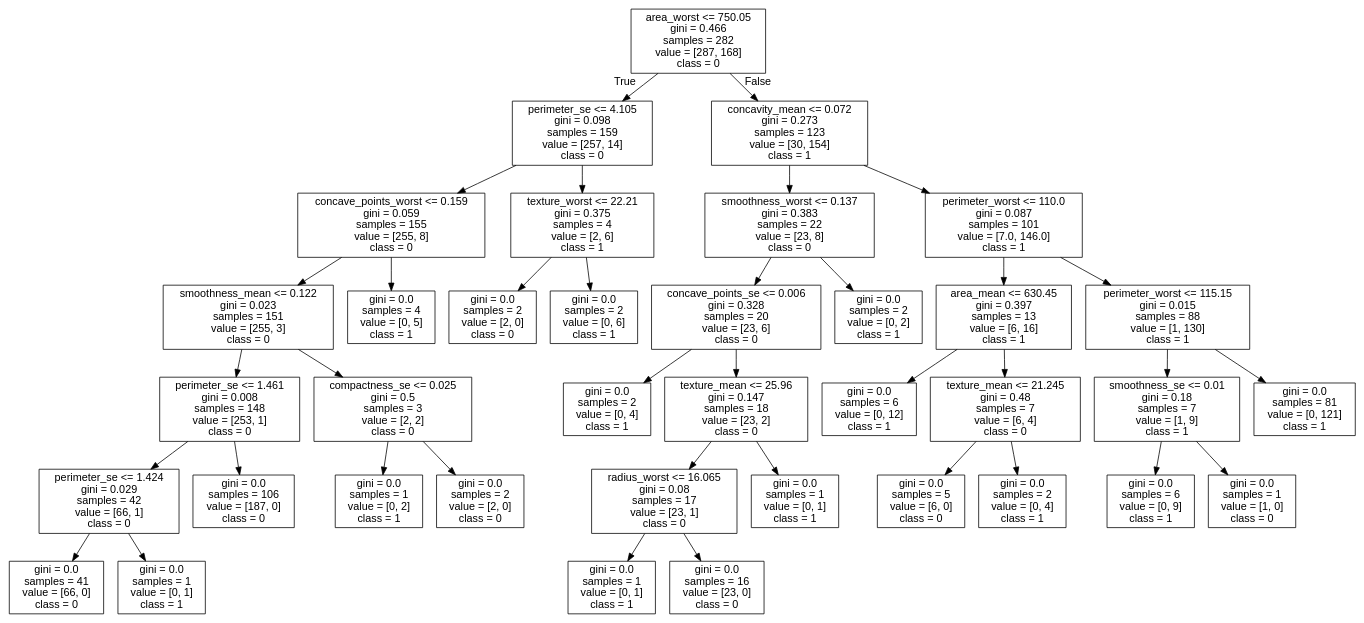
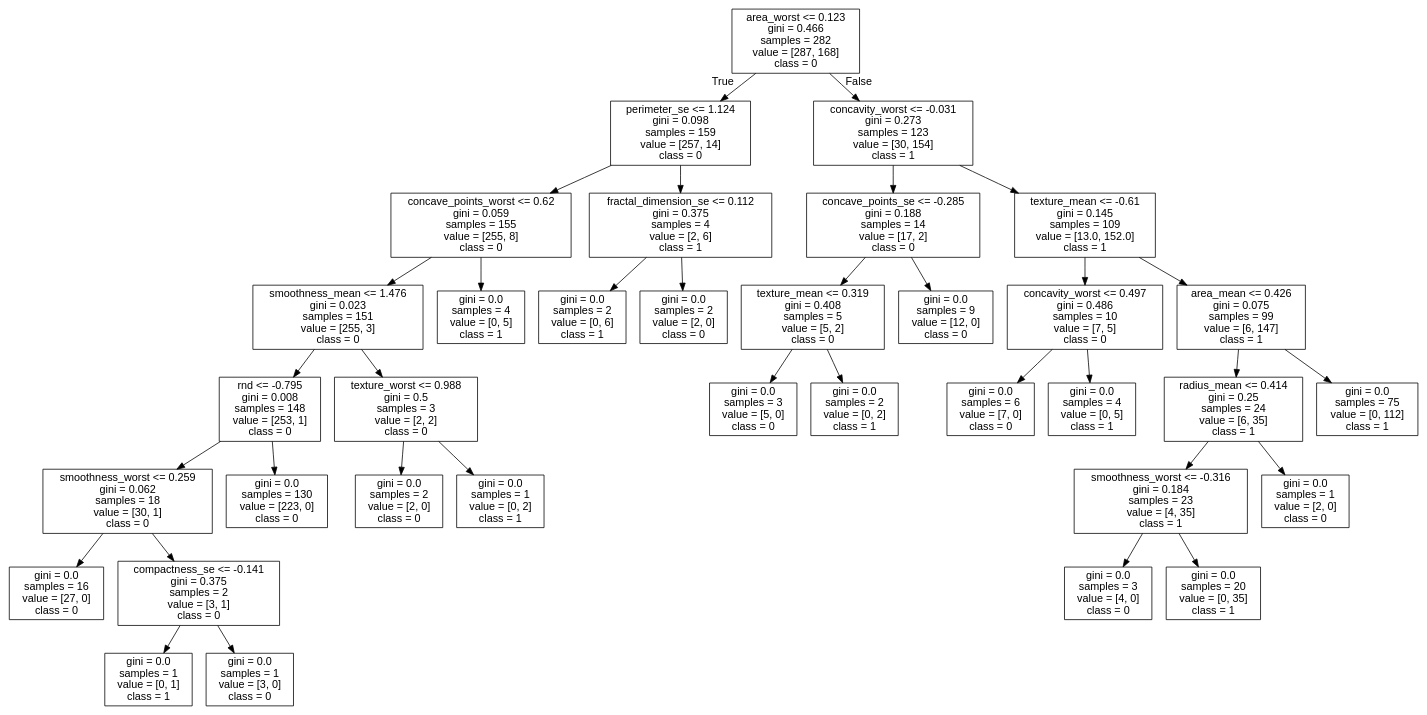
The diagram in data/breast-cancer/tree.dot (cyrilvincent/ML), drawn with Graphviz before and after one commit. The commit also changed 12 other files, not shown here.

```diff
--- a/data/breast-cancer/tree.dot
+++ b/data/breast-cancer/tree.dot
@@ -1,77 +1,73 @@
 digraph Tree {
 node [shape=box, fontname="helvetica"] ;
 edge [fontname="helvetica"] ;
-0 [label="area_worst <= 750.05\ngini = 0.466\nsamples = 282\nvalue = [287, 168]\nclass = 0"] ;
-1 [label="perimeter_se <= 4.105\ngini = 0.098\nsamples = 159\nvalue = [257, 14]\nclass = 0"] ;
+0 [label="area_worst <= 0.123\ngini = 0.466\nsamples = 282\nvalue = [287, 168]\nclass = 0"] ;
+1 [label="perimeter_se <= 1.124\ngini = 0.098\nsamples = 159\nvalue = [257, 14]\nclass = 0"] ;
 0 -> 1 [labeldistance=2.5, labelangle=45, headlabel="True"] ;
-2 [label="concave_points_worst <= 0.159\ngini = 0.059\nsamples = 155\nvalue = [255, 8]\nclass = 0"] ;
+2 [label="concave_points_worst <= 0.62\ngini = 0.059\nsamples = 155\nvalue = [255, 8]\nclass = 0"] ;
 1 -> 2 ;
-3 [label="smoothness_mean <= 0.122\ngini = 0.023\nsamples = 151\nvalue = [255, 3]\nclass = 0"] ;
+3 [label="smoothness_mean <= 1.476\ngini = 0.023\nsamples = 151\nvalue = [255, 3]\nclass = 0"] ;
 2 -> 3 ;
-4 [label="perimeter_se <= 1.461\ngini = 0.008\nsamples = 148\nvalue = [253, 1]\nclass = 0"] ;
+4 [label="rnd <= -0.795\ngini = 0.008\nsamples = 148\nvalue = [253, 1]\nclass = 0"] ;
 3 -> 4 ;
-5 [label="perimeter_se <= 1.424\ngini = 0.029\nsamples = 42\nvalue = [66, 1]\nclass = 0"] ;
+5 [label="smoothness_worst <= 0.259\ngini = 0.062\nsamples = 18\nvalue = [30, 1]\nclass = 0"] ;
 4 -> 5 ;
-6 [label="gini = 0.0\nsamples = 41\nvalue = [66, 0]\nclass = 0"] ;
+6 [label="gini = 0.0\nsamples = 16\nvalue = [27, 0]\nclass = 0"] ;
 5 -> 6 ;
-7 [label="gini = 0.0\nsamples = 1\nvalue = [0, 1]\nclass = 1"] ;
+7 [label="compactness_se <= -0.141\ngini = 0.375\nsamples = 2\nvalue = [3, 1]\nclass = 0"] ;
 5 -> 7 ;
-8 [label="gini = 0.0\nsamples = 106\nvalue = [187, 0]\nclass = 0"] ;
-4 -> 8 ;
-9 [label="compactness_se <= 0.025\ngini = 0.5\nsamples = 3\nvalue = [2, 2]\nclass = 0"] ;
-3 -> 9 ;
-10 [label="gini = 0.0\nsamples = 1\nvalue = [0, 2]\nclass = 1"] ;
-9 -> 10 ;
-11 [label="gini = 0.0\nsamples = 2\nvalue = [2, 0]\nclass = 0"] ;
-9 -> 11 ;
-12 [label="gini = 0.0\nsamples = 4\nvalue = [0, 5]\nclass = 1"] ;
-2 -> 12 ;
-13 [label="texture_worst <= 22.21\ngini = 0.375\nsamples = 4\nvalue = [2, 6]\nclass = 1"] ;
-1 -> 13 ;
-14 [label="gini = 0.0\nsamples = 2\nvalue = [2, 0]\nclass = 0"] ;
-13 -> 14 ;
-15 [label="gini = 0.0\nsamples = 2\nvalue = [0, 6]\nclass = 1"] ;
-13 -> 15 ;
-16 [label="concavity_mean <= 0.072\ngini = 0.273\nsamples = 123\nvalue = [30, 154]\nclass = 1"] ;
-0 -> 16 [labeldistance=2.5, labelangle=-45, headlabel="False"] ;
-17 [label="smoothness_worst <= 0.137\ngini = 0.383\nsamples = 22\nvalue = [23, 8]\nclass = 0"] ;
-16 -> 17 ;
-18 [label="concave_points_se <= 0.006\ngini = 0.328\nsamples = 20\nvalue = [23, 6]\nclass = 0"] ;
-17 -> 18 ;
-19 [label="gini = 0.0\nsamples = 2\nvalue = [0, 4]\nclass = 1"] ;
+8 [label="gini = 0.0\nsamples = 1\nvalue = [0, 1]\nclass = 1"] ;
+7 -> 8 ;
+9 [label="gini = 0.0\nsamples = 1\nvalue = [3, 0]\nclass = 0"] ;
+7 -> 9 ;
+10 [label="gini = 0.0\nsamples = 130\nvalue = [223, 0]\nclass = 0"] ;
+4 -> 10 ;
+11 [label="texture_worst <= 0.988\ngini = 0.5\nsamples = 3\nvalue = [2, 2]\nclass = 0"] ;
+3 -> 11 ;
+12 [label="gini = 0.0\nsamples = 2\nvalue = [2, 0]\nclass = 0"] ;
+11 -> 12 ;
+13 [label="gini = 0.0\nsamples = 1\nvalue = [0, 2]\nclass = 1"] ;
+11 -> 13 ;
+14 [label="gini = 0.0\nsamples = 4\nvalue = [0, 5]\nclass = 1"] ;
+2 -> 14 ;
+15 [label="fractal_dimension_se <= 0.112\ngini = 0.375\nsamples = 4\nvalue = [2, 6]\nclass = 1"] ;
+1 -> 15 ;
+16 [label="gini = 0.0\nsamples = 2\nvalue = [0, 6]\nclass = 1"] ;
+15 -> 16 ;
+17 [label="gini = 0.0\nsamples = 2\nvalue = [2, 0]\nclass = 0"] ;
+15 -> 17 ;
+18 [label="concavity_worst <= -0.031\ngini = 0.273\nsamples = 123\nvalue = [30, 154]\nclass = 1"] ;
+0 -> 18 [labeldistance=2.5, labelangle=-45, headlabel="False"] ;
+19 [label="concave_points_se <= -0.285\ngini = 0.188\nsamples = 14\nvalue = [17, 2]\nclass = 0"] ;
 18 -> 19 ;
-20 [label="texture_mean <= 25.96\ngini = 0.147\nsamples = 18\nvalue = [23, 2]\nclass = 0"] ;
-18 -> 20 ;
-21 [label="radius_worst <= 16.065\ngini = 0.08\nsamples = 17\nvalue = [23, 1]\nclass = 0"] ;
+20 [label="texture_mean <= 0.319\ngini = 0.408\nsamples = 5\nvalue = [5, 2]\nclass = 0"] ;
+19 -> 20 ;
+21 [label="gini = 0.0\nsamples = 3\nvalue = [5, 0]\nclass = 0"] ;
 20 -> 21 ;
-22 [label="gini = 0.0\nsamples = 1\nvalue = [0, 1]\nclass = 1"] ;
-21 -> 22 ;
-23 [label="gini = 0.0\nsamples = 16\nvalue = [23, 0]\nclass = 0"] ;
-21 -> 23 ;
-24 [label="gini = 0.0\nsamples = 1\nvalue = [0, 1]\nclass = 1"] ;
-20 -> 24 ;
-25 [label="gini = 0.0\nsamples = 2\nvalue = [0, 2]\nclass = 1"] ;
-17 -> 25 ;
-26 [label="perimeter_worst <= 110.0\ngini = 0.087\nsamples = 101\nvalue = [7.0, 146.0]\nclass = 1"] ;
-16 -> 26 ;
-27 [label="area_mean <= 630.45\ngini = 0.397\nsamples = 13\nvalue = [6, 16]\nclass = 1"] ;
-26 -> 27 ;
-28 [label="gini = 0.0\nsamples = 6\nvalue = [0, 12]\nclass = 1"] ;
-27 -> 28 ;
-29 [label="texture_mean <= 21.245\ngini = 0.48\nsamples = 7\nvalue = [6, 4]\nclass = 0"] ;
-27 -> 29 ;
-30 [label="gini = 0.0\nsamples = 5\nvalue = [6, 0]\nclass = 0"] ;
+22 [label="gini = 0.0\nsamples = 2\nvalue = [0, 2]\nclass = 1"] ;
+20 -> 22 ;
+23 [label="gini = 0.0\nsamples = 9\nvalue = [12, 0]\nclass = 0"] ;
+19 -> 23 ;
+24 [label="texture_mean <= -0.61\ngini = 0.145\nsamples = 109\nvalue = [13.0, 152.0]\nclass = 1"] ;
+18 -> 24 ;
+25 [label="concavity_worst <= 0.497\ngini = 0.486\nsamples = 10\nvalue = [7, 5]\nclass = 0"] ;
+24 -> 25 ;
+26 [label="gini = 0.0\nsamples = 6\nvalue = [7, 0]\nclass = 0"] ;
+25 -> 26 ;
+27 [label="gini = 0.0\nsamples = 4\nvalue = [0, 5]\nclass = 1"] ;
+25 -> 27 ;
+28 [label="area_mean <= 0.426\ngini = 0.075\nsamples = 99\nvalue = [6, 147]\nclass = 1"] ;
+24 -> 28 ;
+29 [label="radius_mean <= 0.414\ngini = 0.25\nsamples = 24\nvalue = [6, 35]\nclass = 1"] ;
+28 -> 29 ;
+30 [label="smoothness_worst <= -0.316\ngini = 0.184\nsamples = 23\nvalue = [4, 35]\nclass = 1"] ;
 29 -> 30 ;
-31 [label="gini = 0.0\nsamples = 2\nvalue = [0, 4]\nclass = 1"] ;
-29 -> 31 ;
-32 [label="perimeter_worst <= 115.15\ngini = 0.015\nsamples = 88\nvalue = [1, 130]\nclass = 1"] ;
-26 -> 32 ;
-33 [label="smoothness_se <= 0.01\ngini = 0.18\nsamples = 7\nvalue = [1, 9]\nclass = 1"] ;
-32 -> 33 ;
-34 [label="gini = 0.0\nsamples = 6\nvalue = [0, 9]\nclass = 1"] ;
-33 -> 34 ;
-35 [label="gini = 0.0\nsamples = 1\nvalue = [1, 0]\nclass = 0"] ;
-33 -> 35 ;
-36 [label="gini = 0.0\nsamples = 81\nvalue = [0, 121]\nclass = 1"] ;
-32 -> 36 ;
+31 [label="gini = 0.0\nsamples = 3\nvalue = [4, 0]\nclass = 0"] ;
+30 -> 31 ;
+32 [label="gini = 0.0\nsamples = 20\nvalue = [0, 35]\nclass = 1"] ;
+30 -> 32 ;
+33 [label="gini = 0.0\nsamples = 1\nvalue = [2, 0]\nclass = 0"] ;
+29 -> 33 ;
+34 [label="gini = 0.0\nsamples = 75\nvalue = [0, 112]\nclass = 1"] ;
+28 -> 34 ;
 }
```
